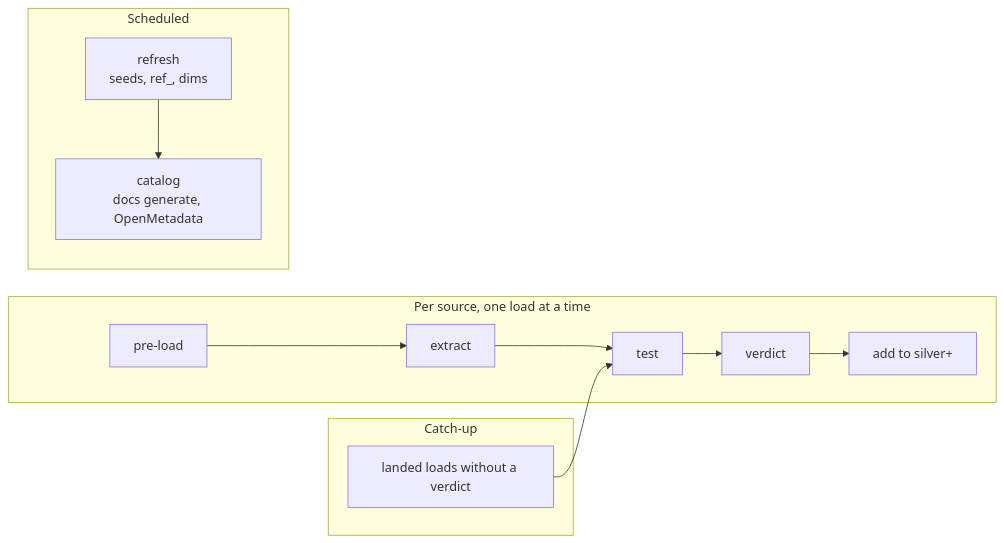
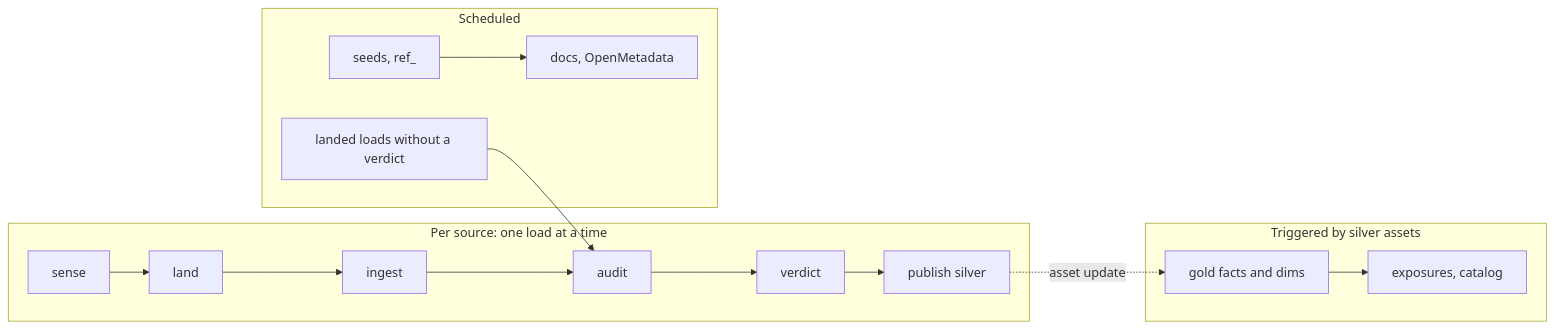
Before and after one commit to le1douglas/DataWarehouse: the sixth of 8 diagrams in docs/ARCHITECTURE_PROPOSAL.md, drawn with Mermaid. The commit also changed other lines of this file, not shown here.

Commit message:
start of architectural plan

````diff
--- a/docs/ARCHITECTURE_PROPOSAL.md
+++ b/docs/ARCHITECTURE_PROPOSAL.md
@@ -130,12 +193,14 @@
 ```mermaid
 flowchart LR
-    subgraph perSource["Per source, one load at a time"]
-        a1["pre-load"] --> a2["extract"] --> a3["test"] --> a4["verdict"] --> a5["add to silver+"]
+    subgraph perSource["Per source: one load at a time"]
+        a1["sense"] --> a2["land"] --> a3["ingest"] --> a4["audit"] --> a5["verdict"] --> a6["publish silver"]
     end
-    subgraph sched["Scheduled"]
-        b1["refresh<br/>seeds, ref_, dims"] --> b2["catalog<br/>docs generate, OpenMetadata"]
+    subgraph downstream["Triggered by silver assets"]
+        b1["gold facts and dims"] --> b2["exposures, catalog"]
     end
-    subgraph catch["Catch-up"]
-        c1["landed loads without a verdict"] --> a3
+    subgraph scheduled["Scheduled"]
+        c1["seeds, ref_"] --> c2["docs, OpenMetadata"]
+        c3["landed loads without a verdict"] --> a4
     end
+    a6 -.->|asset update| b1
 ```
````
